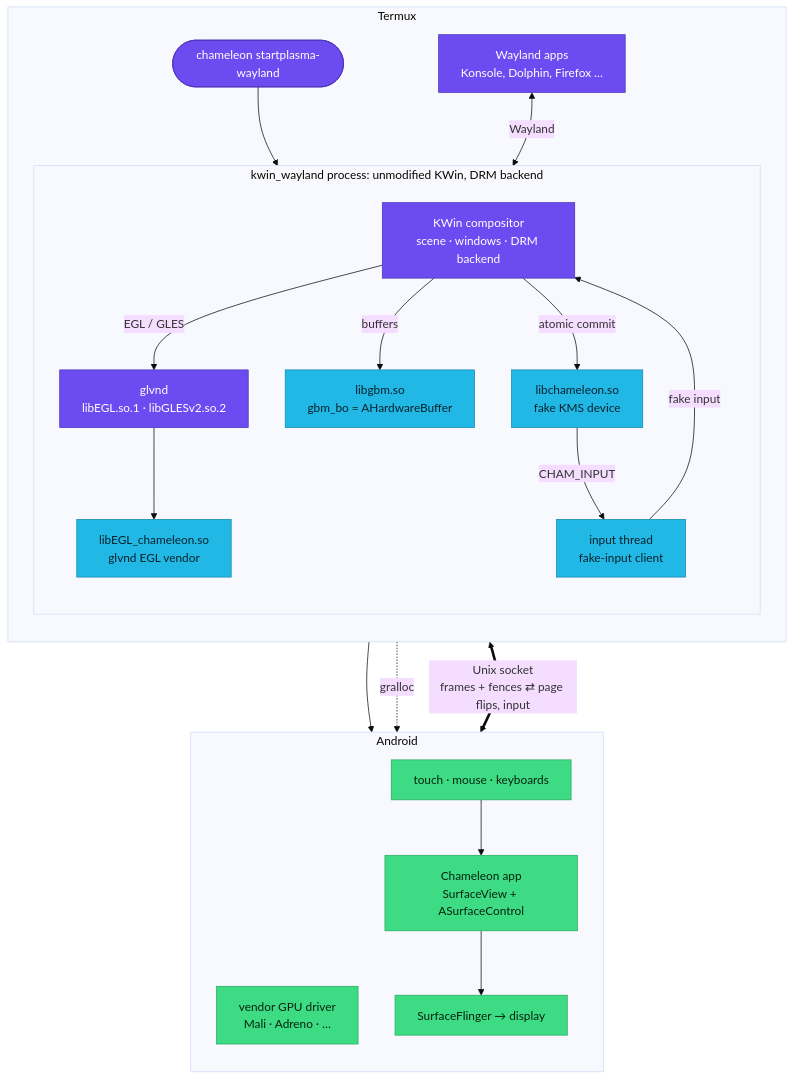
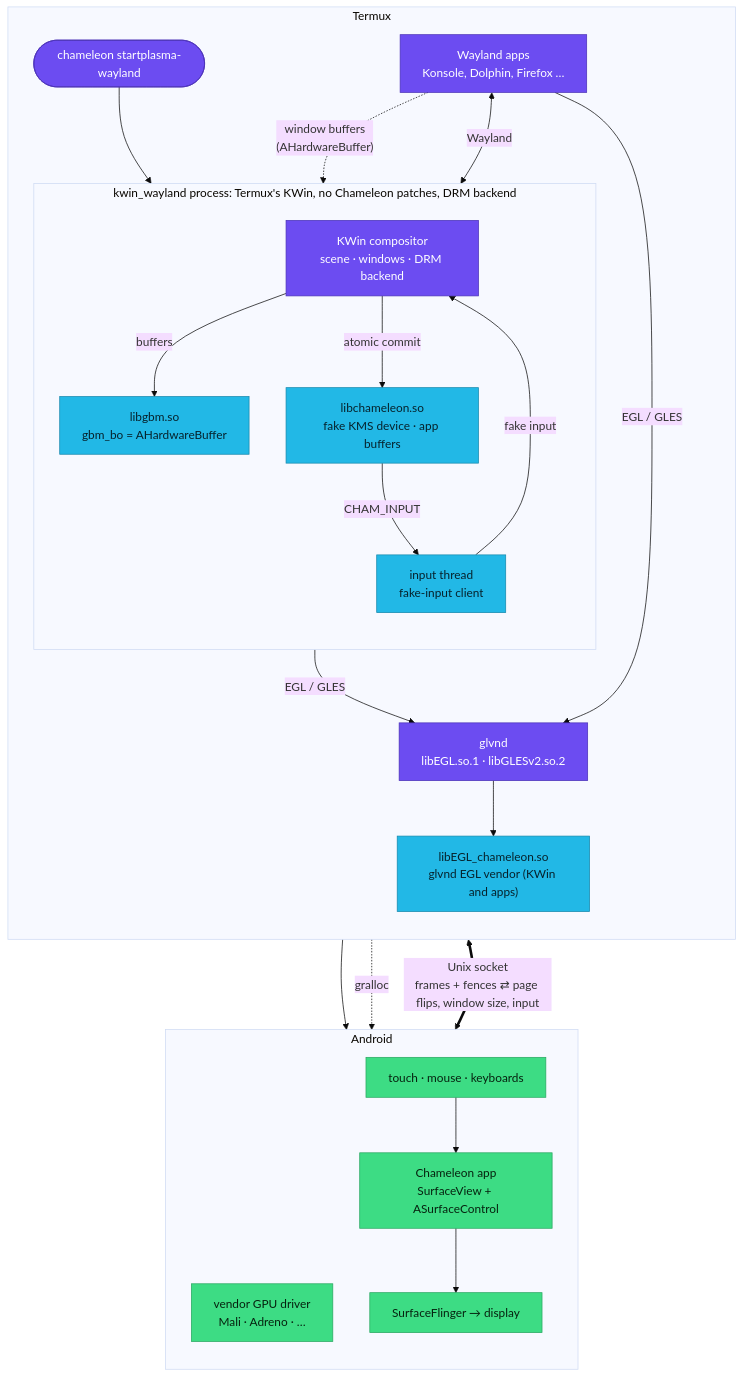
One commit to HarryL0L/Project-Chameleon changed the first of 4 diagrams in README.md. Above: the diagram before and after it, drawn with Mermaid (base theme). The commit also changed other lines of this file and 2 other files, not shown here.

Commit message:
Docs: no Chameleon-specific patches (not unmodified); diagrams match the code
- "Unmodified"/"without a single patch" claimed too much: Termux's KWin
  has Termux's own patches. What holds is that Chameleon needs none of
  its own. README, shim/README and the .deb description now say that.
- Architecture diagram: Wayland apps use glvnd and the Chameleon EGL
  vendor too and hand their window buffers to libchameleon.so, so glvnd
  and the vendor sit outside the KWin box; the app socket also carries
  the window size.
- Launcher diagram: plasmashell and apps get the Chameleon EGL vendor
  (session-wide __EGL_VENDOR_LIBRARY_FILENAMES), just not the shim.

Claude-Session: https://claude.ai/code/session_0189b9shDSZznxevk4X1a8UZ

````diff
--- a/README.md
+++ b/README.md
@@ -42,44 +42,46 @@
 ```mermaid
 flowchart TB
     subgraph T["Termux"]
         direction TB
         CMD(["chameleon startplasma-wayland"])
         APPS["Wayland apps<br/>Konsole, Dolphin, Firefox …"]
-        subgraph K["kwin_wayland process: unmodified KWin, DRM backend"]
+        subgraph K["kwin_wayland process: Termux's KWin, no Chameleon patches, DRM backend"]
             direction TB
             CORE["KWin compositor<br/>scene · windows · DRM backend"]
-            GLVND["glvnd<br/>libEGL.so.1 · libGLESv2.so.2"]
-            VEND["libEGL_chameleon.so<br/>glvnd EGL vendor"]
             GBM["libgbm.so<br/>gbm_bo = AHardwareBuffer"]
-            KMS["libchameleon.so<br/>fake KMS device"]
+            KMS["libchameleon.so<br/>fake KMS device · app buffers"]
             INP["input thread<br/>fake-input client"]
         end
+        GLVND["glvnd<br/>libEGL.so.1 · libGLESv2.so.2"]
+        VEND["libEGL_chameleon.so<br/>glvnd EGL vendor (KWin and apps)"]
     end
 
     subgraph A["Android"]
         direction TB
         DRV["vendor GPU driver<br/>Mali · Adreno · …"]
         APP["Chameleon app<br/>SurfaceView + ASurfaceControl"]
         SF["SurfaceFlinger → display"]
         TOUCH["touch · mouse · keyboards"]
     end
 
     CMD --> CORE
     APPS <-->|Wayland| CORE
+    APPS -->|EGL / GLES| GLVND
+    APPS -.->|"window buffers<br/>(AHardwareBuffer)"| KMS
     CORE -->|EGL / GLES| GLVND --> VEND --> DRV
     CORE -->|buffers| GBM
     GBM -.->|gralloc| DRV
     CORE -->|atomic commit| KMS
-    KMS <==>|"Unix socket<br/>frames + fences ⇄ page flips, input"| APP
+    KMS <==>|"Unix socket<br/>frames + fences ⇄ page flips, window size, input"| APP
     APP --> SF
     TOUCH --> APP
     KMS -->|CHAM_INPUT| INP
     INP -->|fake input| CORE
 
     classDef kwin fill:#6C4CF1,stroke:#4b32b8,color:#fff
     classDef shim fill:#22B8E6,stroke:#1789ad,color:#06222c
     classDef android fill:#3DDC84,stroke:#2aa862,color:#06220f
     class KMS,GBM,VEND,INP shim
     class CORE,GLVND,APPS,CMD kwin
     class DRV,APP,SF,TOUCH android
 ```
````
